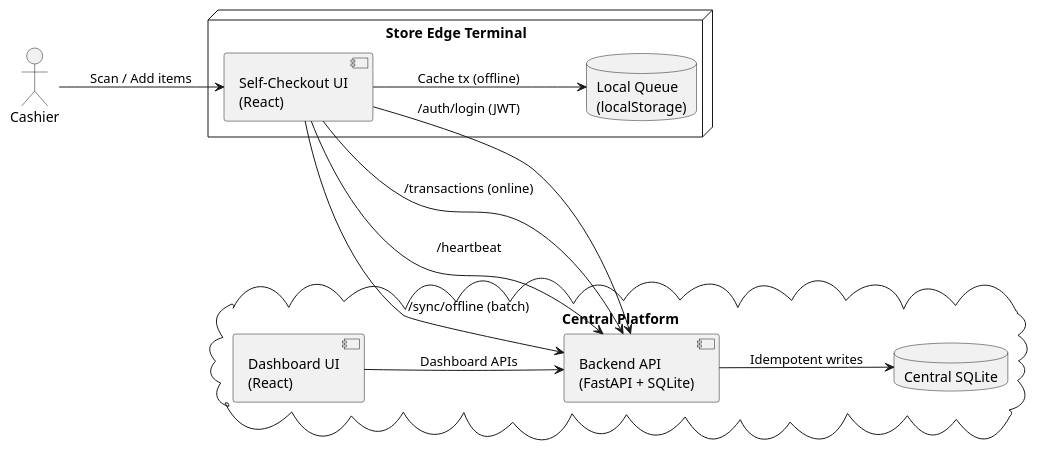
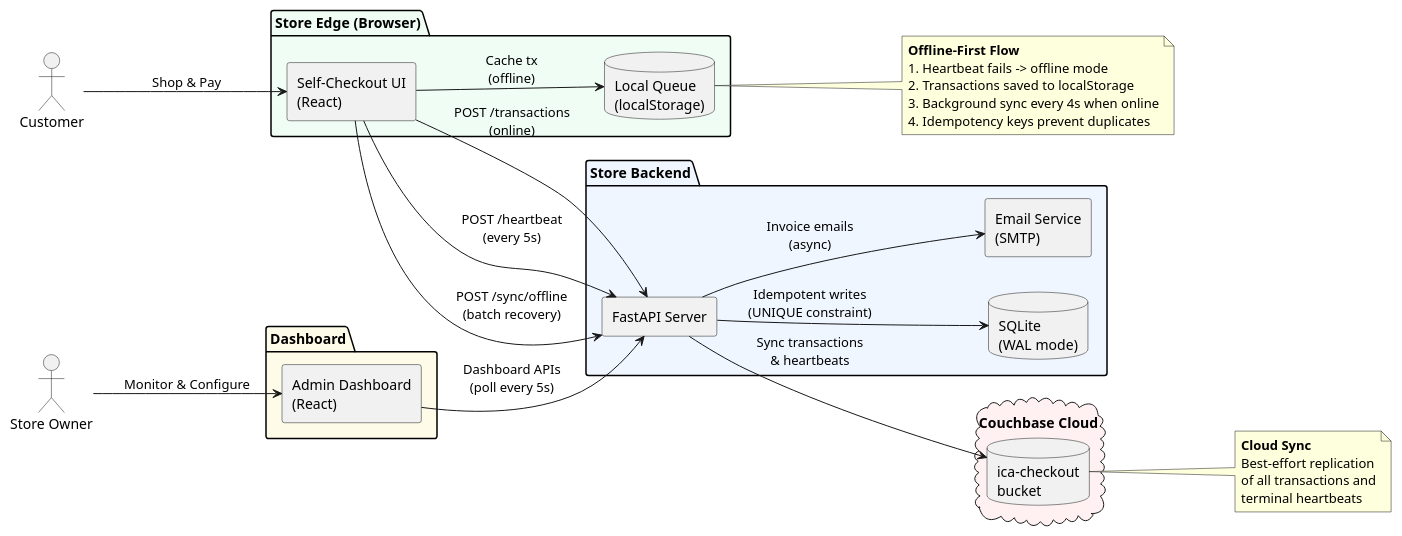
Before and after one commit to gaoxiaoliang/edge-first-checkout: the diagram in plantuml/architecture.puml, drawn with PlantUML. The commit also changed 2 other files, not shown here.

Commit message:
Add demo script, architecture docs, and updated diagram

```diff
--- a/plantuml/architecture.puml
+++ b/plantuml/architecture.puml
@@ -1,25 +1,57 @@
 @startuml
+skinparam backgroundColor white
+skinparam shadowing false
+skinparam defaultFontName "Helvetica"
+skinparam componentStyle rectangle
+
 left to right direction
 
-actor Cashier
-node "Store Edge Terminal" {
+actor "Customer" as Customer
+actor "Store Owner" as Owner
+
+package "Store Edge (Browser)" #f0fdf4 {
   component "Self-Checkout UI\n(React)" as SC
   database "Local Queue\n(localStorage)" as LQ
 }
 
-cloud "Central Platform" {
-  component "Backend API\n(FastAPI + SQLite)" as API
-  component "Dashboard UI\n(React)" as DB
-  database "Central SQLite" as CDB
+package "Store Backend" #eff6ff {
+  component "FastAPI Server" as API
+  database "SQLite\n(WAL mode)" as SQLite
+  component "Email Service\n(SMTP)" as Email
 }
 
-Cashier --> SC : Scan / Add items
-SC --> API : /auth/login (JWT)
-SC --> API : /transactions (online)
-SC --> LQ : Cache tx (offline)
-SC --> API : /heartbeat
-SC --> API : /sync/offline (batch)
-API --> CDB : Idempotent writes
-DB --> API : Dashboard APIs
+package "Dashboard" #fefce8 {
+  component "Admin Dashboard\n(React)" as Dash
+}
+
+cloud "Couchbase Cloud" #fff1f2 {
+  database "ica-checkout\nbucket" as CB
+}
+
+Customer --> SC : Shop & Pay
+SC --> API : POST /transactions\n(online)
+SC --> LQ : Cache tx\n(offline)
+SC --> API : POST /heartbeat\n(every 5s)
+SC --> API : POST /sync/offline\n(batch recovery)
+API --> SQLite : Idempotent writes\n(UNIQUE constraint)
+API --> CB : Sync transactions\n& heartbeats
+API --> Email : Invoice emails\n(async)
+Owner --> Dash : Monitor & Configure
+Dash --> API : Dashboard APIs\n(poll every 5s)
+
+note right of LQ
+  **Offline-First Flow**
+  1. Heartbeat fails -> offline mode
+  2. Transactions saved to localStorage
+  3. Background sync every 4s when online
+  4. Idempotency keys prevent duplicates
+end note
+
+note right of CB
+  **Cloud Sync**
+  Best-effort replication
+  of all transactions and
+  terminal heartbeats
+end note
 
 @enduml
```
